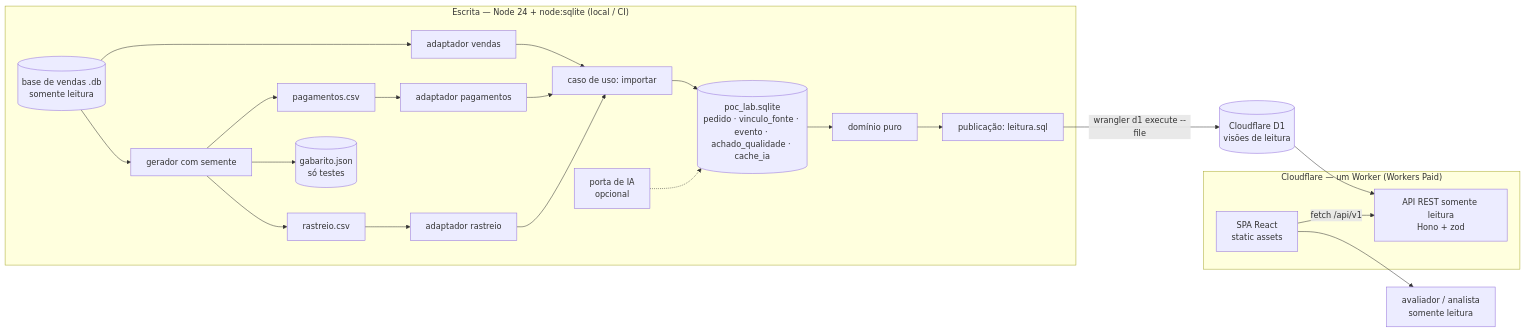
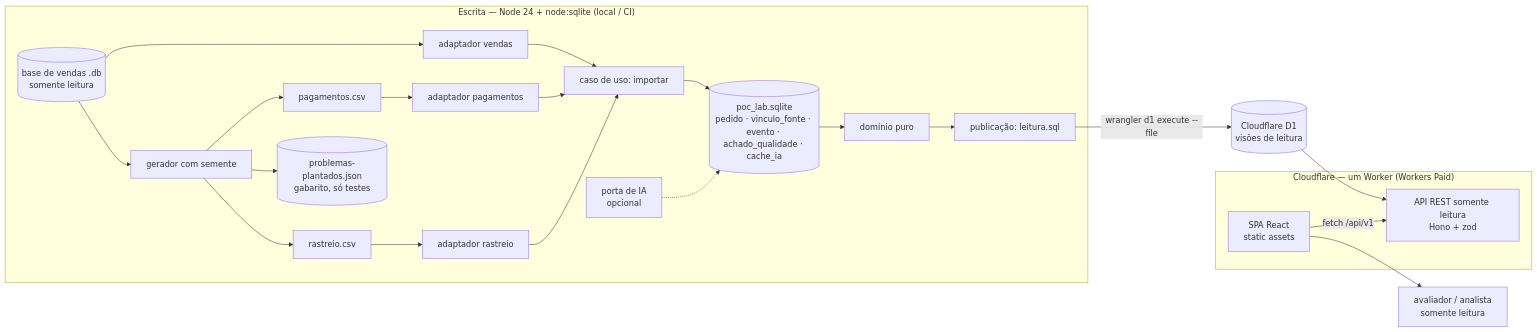
One commit to leandrosegheto17/POC_Lab changed the diagram in .md/SDD.md. Above: the diagram before and after it, drawn with Mermaid. The commit also changed other lines of this file and 2 other files, not shown here.

Commit message:
RTP-0046: alinha nomenclatura problemas-plantados no SDD e na regra de fronteira do eslint

````diff
--- a/.md/SDD.md
+++ b/.md/SDD.md
@@ -18,25 +18,25 @@
 ```mermaid
 flowchart LR
   subgraph Local["Escrita — Node 24 + node:sqlite (local / CI)"]
     BV[(base de vendas .db<br/>somente leitura)] --> GER[gerador com semente]
     GER --> CSV1[pagamentos.csv]
     GER --> CSV2[rastreio.csv]
-    GER --> GAB[(gabarito.json<br/>só testes)]
+    GER --> GAB[(problemas-plantados.json<br/>gabarito, só testes)]
     BV --> AV[adaptador vendas]
     CSV1 --> AP[adaptador pagamentos]
     CSV2 --> AR[adaptador rastreio]
     AV & AP & AR --> IMP[caso de uso: importar]
     IMP --> ES[(poc_lab.sqlite<br/>pedido · vinculo_fonte · evento · achado_qualidade · cache_ia)]
     ES --> DOM[domínio puro]
     IA[porta de IA<br/>opcional] -.-> ES
     DOM --> PUB[publicação: leitura.sql]
   end
   PUB -->|wrangler d1 execute --file| D1[(Cloudflare D1<br/>visões de leitura)]
   subgraph Nuvem["Cloudflare — um Worker (Workers Paid)"]
     API[API REST somente leitura<br/>Hono + zod]
     SITE[SPA React<br/>static assets]
   end
   D1 --> API
   SITE -->|fetch /api/v1| API
   SITE --> AVL[avaliador / analista<br/>somente leitura]
 ```
````
